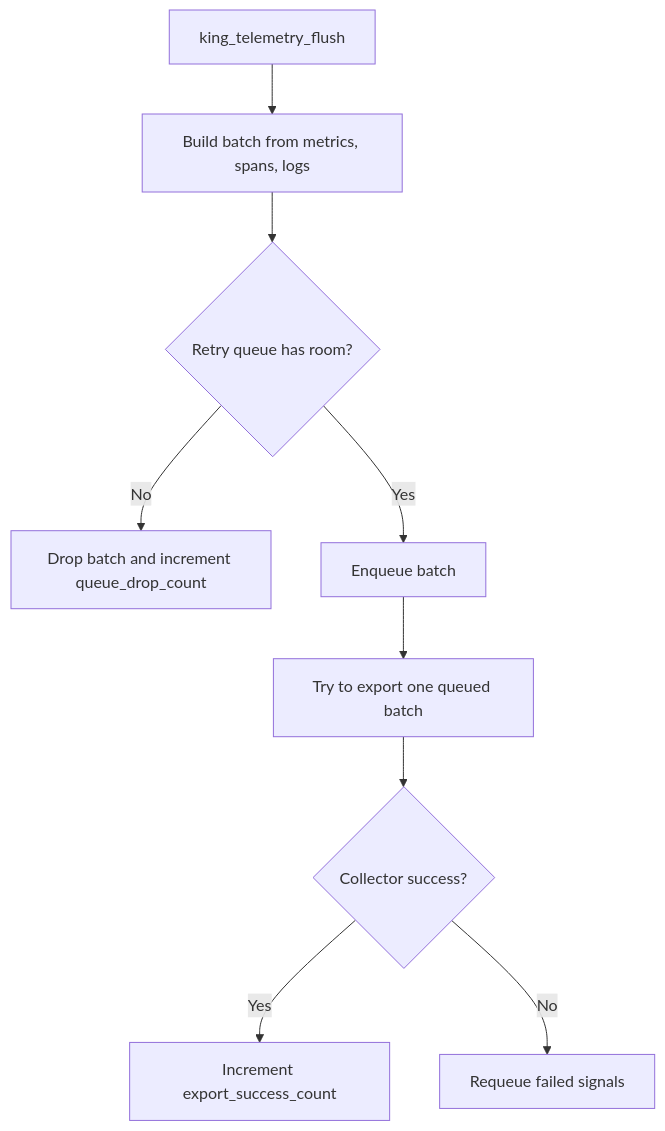
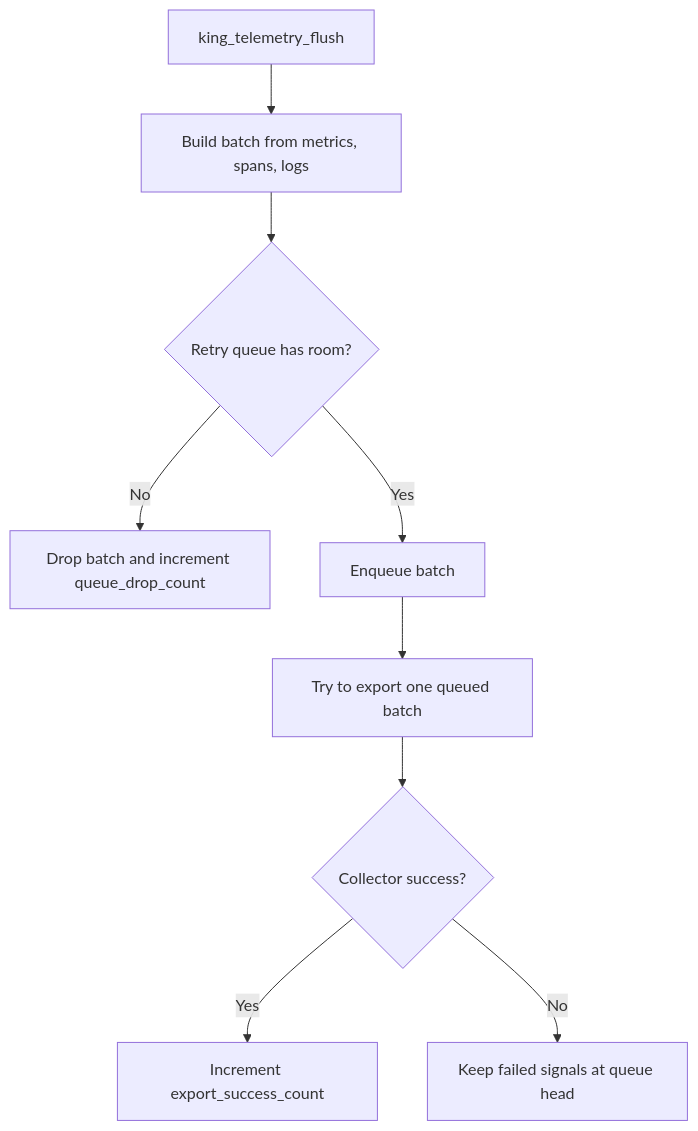
The fifth of 6 diagrams in documentation/telemetry.md (Intelligent-Intern/king), drawn with Mermaid before and after one commit. The commit also changed other lines of this file and 9 other files, not shown here.

````diff
--- a/documentation/telemetry.md
+++ b/documentation/telemetry.md
@@ -245,11 +249,11 @@
 ```mermaid
 flowchart TD
     A[king_telemetry_flush] --> B[Build batch from metrics, spans, logs]
     B --> C{Retry queue has room?}
     C -->|No| D[Drop batch and increment queue_drop_count]
     C -->|Yes| E[Enqueue batch]
     E --> F[Try to export one queued batch]
     F --> G{Collector success?}
     G -->|Yes| H[Increment export_success_count]
-    G -->|No| I[Requeue failed signals]
+    G -->|No| I[Keep failed signals at queue head]
 ```
````
